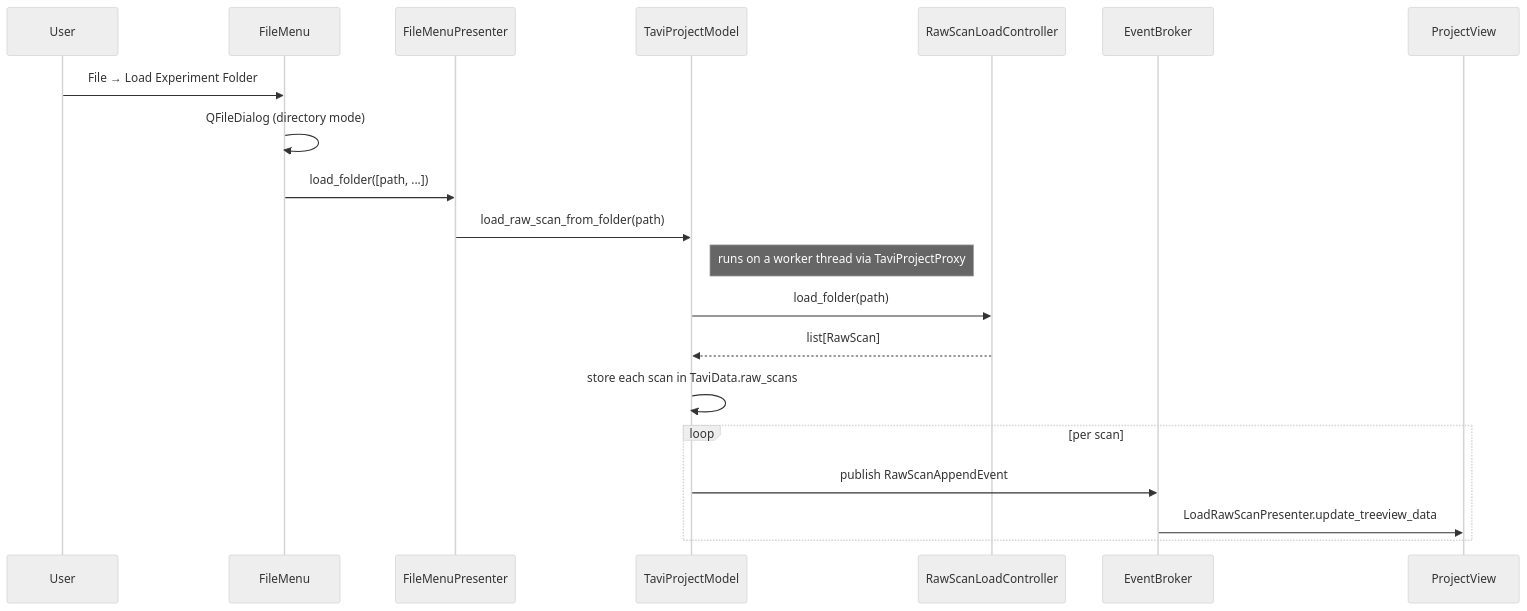
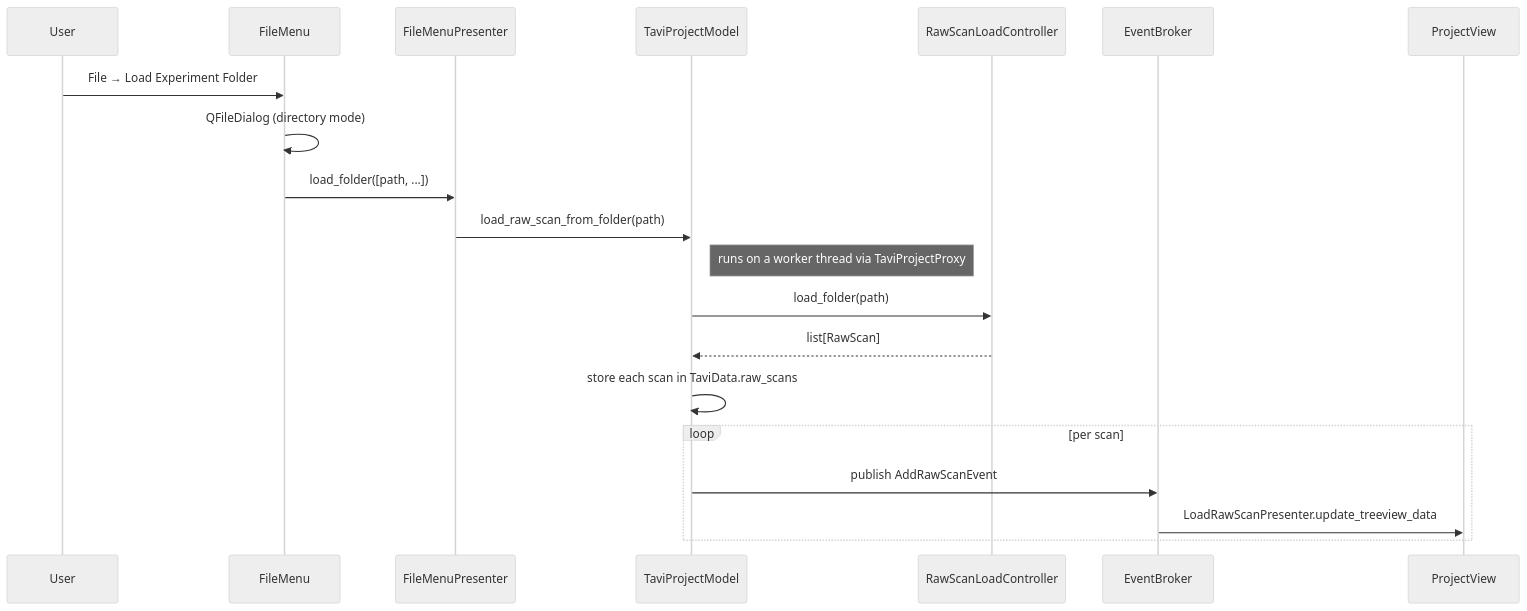
Before and after one commit to neutrons/TAVI: the fifth of 5 diagrams in docs/source/design/taviclasses.rst, drawn with Mermaid (neutral theme). The commit also changed other lines of this file and 43 other files, not shown here.

```diff
--- a/docs/source/design/taviclasses.rst
+++ b/docs/source/design/taviclasses.rst
@@ -266,23 +276,23 @@
 .. mermaid::
 
     sequenceDiagram
         participant User
         participant FileMenu
         participant Presenter as FileMenuPresenter
         participant Model as TaviProjectModel
         participant Controller as RawScanLoadController
         participant Broker as EventBroker
         participant Tree as ProjectView
 
         User->>FileMenu: File → Load Experiment Folder
         FileMenu->>FileMenu: QFileDialog (directory mode)
         FileMenu->>Presenter: load_folder([path, ...])
         Presenter->>Model: load_raw_scan_from_folder(path)
         Note right of Model: runs on a worker thread via TaviProjectProxy
         Model->>Controller: load_folder(path)
         Controller-->>Model: list[RawScan]
         Model->>Model: store each scan in TaviData.raw_scans
         loop per scan
-            Model->>Broker: publish RawScanAppendEvent
+            Model->>Broker: publish AddRawScanEvent
             Broker->>Tree: LoadRawScanPresenter.update_treeview_data
         end
```
